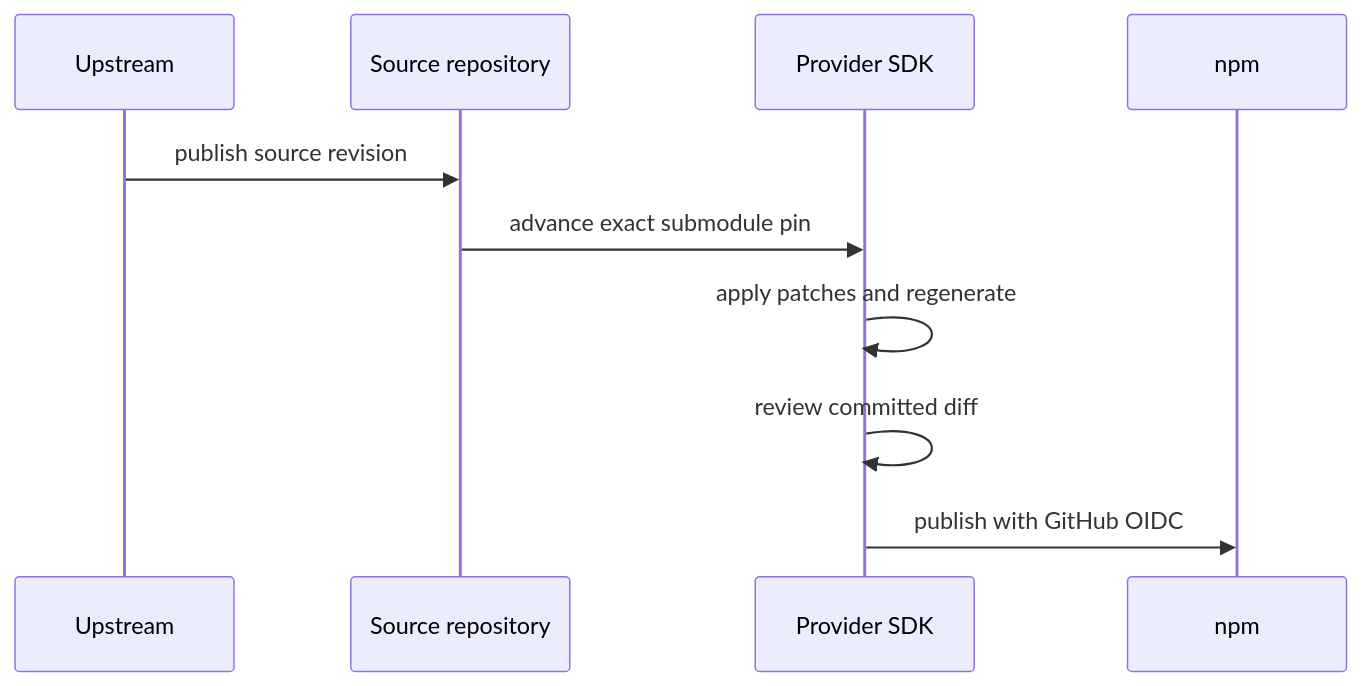
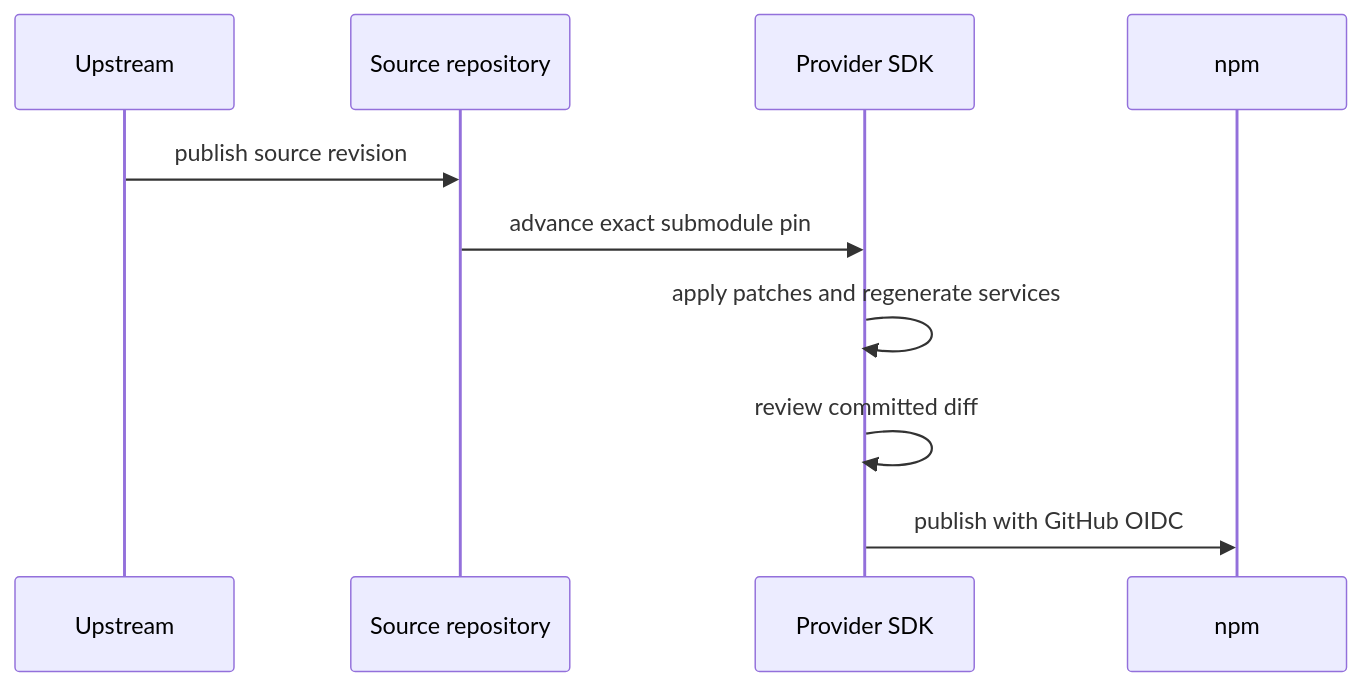
The diagram in docs/guides/architecture.mdx (kevinmichaelchen/distilled), drawn with Mermaid before and after one commit. The commit also changed other lines of this file and 43 other files, not shown here.

First line of the commit message:
docs(site): publish protocol architecture release

````diff
--- a/docs/guides/architecture.mdx
+++ b/docs/guides/architecture.mdx
@@ -100,12 +100,12 @@
 ```mermaid
 sequenceDiagram
   participant U as Upstream
   participant S as Source repository
   participant P as Provider SDK
   participant N as npm
   U->>S: publish source revision
   S->>P: advance exact submodule pin
-  P->>P: apply patches and regenerate
+  P->>P: apply patches and regenerate services
   P->>P: review committed diff
   P->>N: publish with GitHub OIDC
 ```
````
